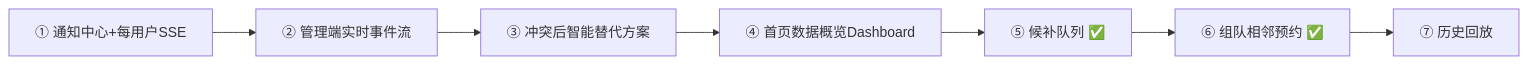
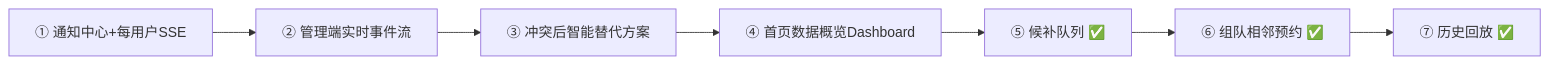
Before and after one commit to vintcessun/SeatWiseCampus: the diagram in docs/12-enhancement-plan.md, drawn with Mermaid. The commit also changed other lines of this file and 12 other files, not shown here.

````diff
--- a/docs/12-enhancement-plan.md
+++ b/docs/12-enhancement-plan.md
@@ -13,7 +13,7 @@
 ```mermaid
 flowchart LR
     N[① 通知中心+每用户SSE] --> E[② 管理端实时事件流]
     E --> C[③ 冲突后智能替代方案]
     C --> D[④ 首页数据概览Dashboard]
-    D --> W[⑤ 候补队列 ✅] --> G[⑥ 组队相邻预约 ✅] --> H[⑦ 历史回放]
+    D --> W[⑤ 候补队列 ✅] --> G[⑥ 组队相邻预约 ✅] --> H[⑦ 历史回放 ✅]
 ```
````
